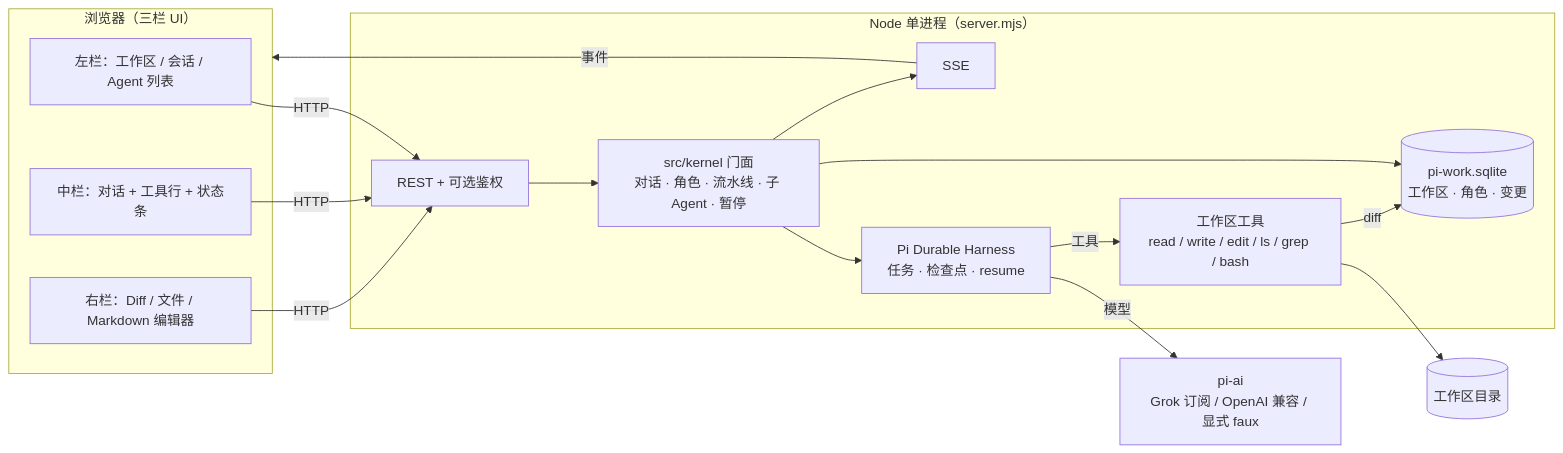
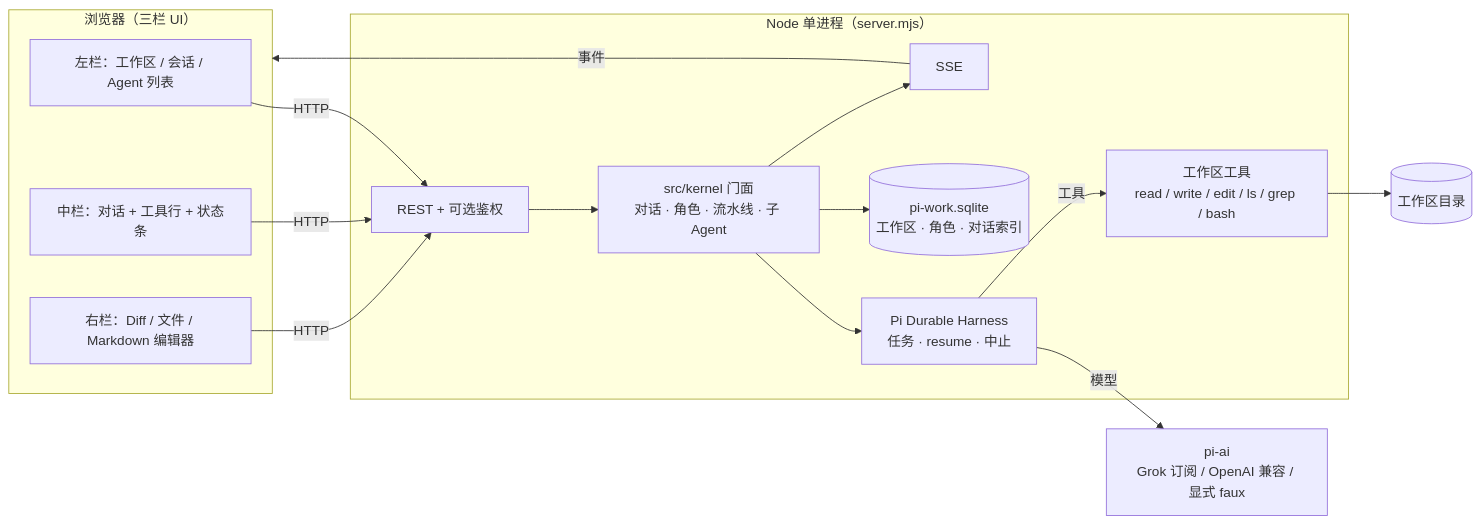
One commit to lawrencewzen/pi-work changed the diagram in docs/ARCHITECTURE.md. Above: the diagram before and after it, drawn with Mermaid. The commit also changed other lines of this file and 53 other files, not shown here.

````diff
--- a/docs/ARCHITECTURE.md
+++ b/docs/ARCHITECTURE.md
@@ -9,31 +9,30 @@
 ```mermaid
 flowchart LR
   subgraph Browser["浏览器（三栏 UI）"]
     L[左栏：工作区 / 会话 / Agent 列表]
     C[中栏：对话 + 工具行 + 状态条]
     R[右栏：Diff / 文件 / Markdown 编辑器]
   end
 
   subgraph Node["Node 单进程（server.mjs）"]
     API[REST + 可选鉴权]
     SSE[SSE]
-    K[src/kernel 门面<br/>对话 · 角色 · 流水线 · 子 Agent · 暂停]
-    H[Pi Durable Harness<br/>任务 · 检查点 · resume]
-    APP[(pi-work.sqlite<br/>工作区 · 角色 · 变更)]
+    K[src/kernel 门面<br/>对话 · 角色 · 流水线 · 子 Agent]
+    H[Pi Durable Harness<br/>任务 · resume · 中止]
+    APP[(pi-work.sqlite<br/>工作区 · 角色 · 对话索引)]
     T[工作区工具<br/>read / write / edit / ls / grep / bash]
   end
 
   WS[(工作区目录)]
   LLM[pi-ai<br/>Grok 订阅 / OpenAI 兼容 / 显式 faux]
 
   L & C & R -->|HTTP| API
   SSE -->|事件| Browser
   API --> K
   K --> H
   K --> APP
   H -->|模型| LLM
   H -->|工具| T
   T --> WS
-  T -->|diff| APP
   K --> SSE
 ```
````
